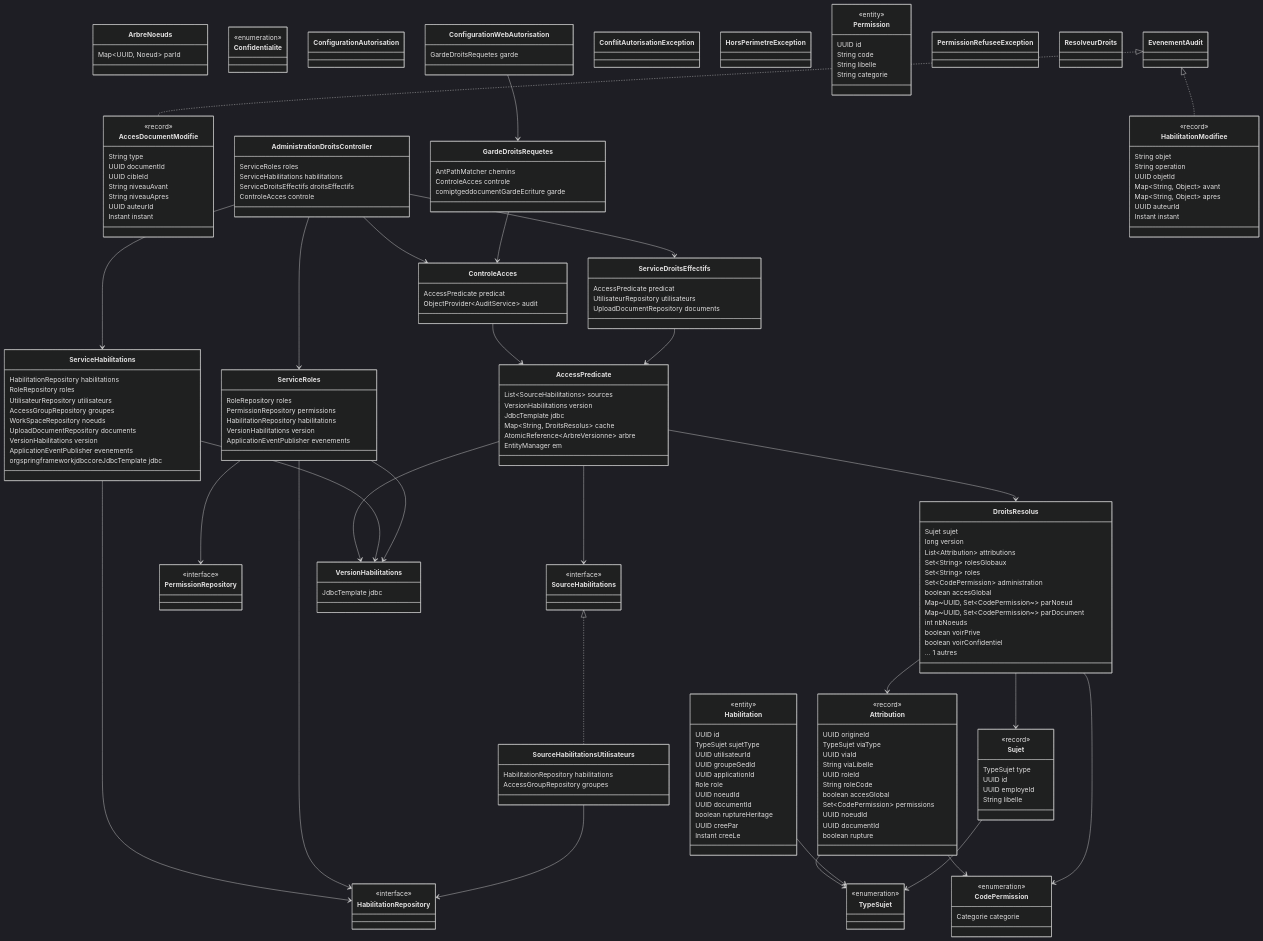
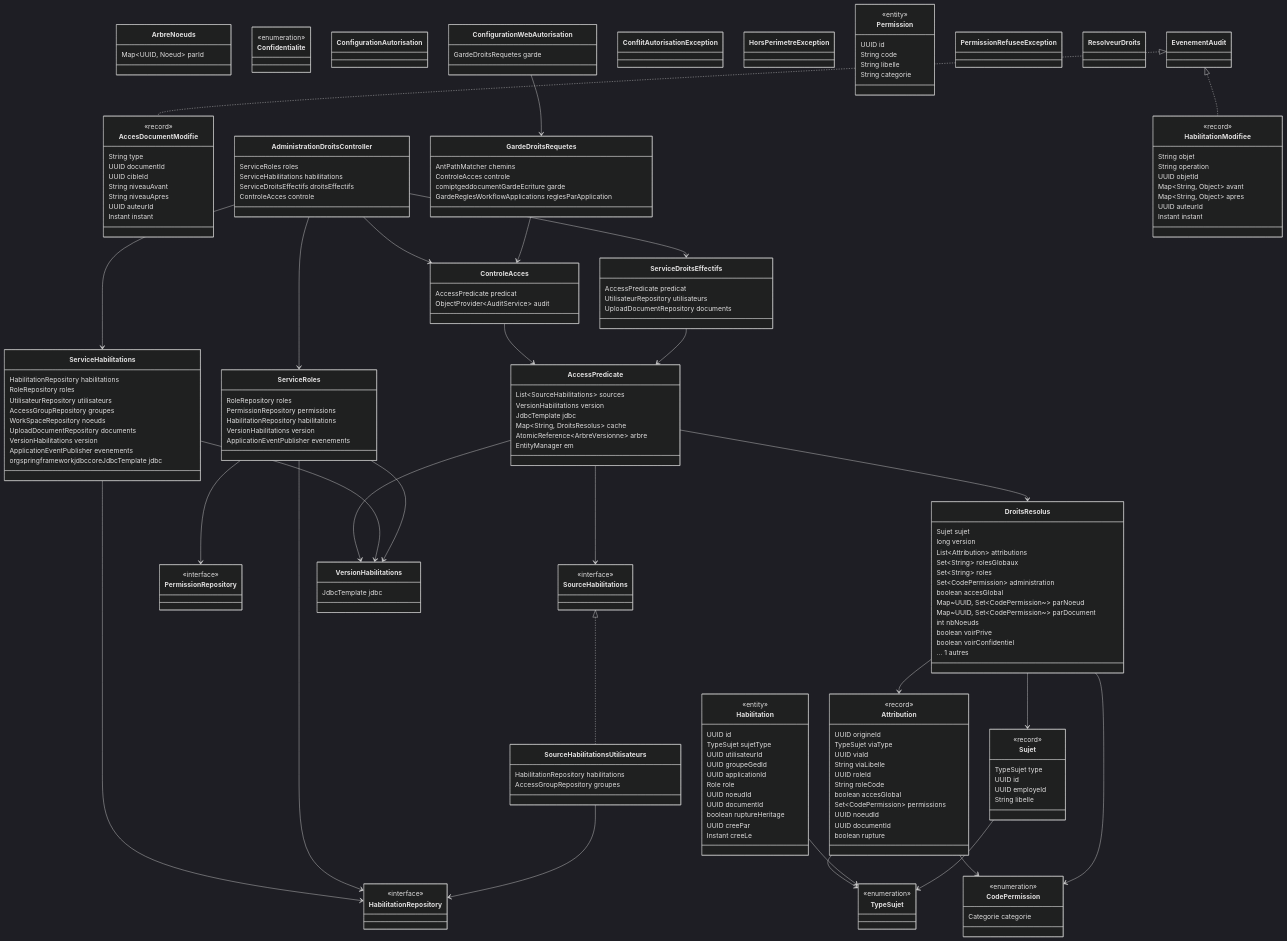
Before and after one commit to abddou2000/GED: the third of 23 diagrams in docs/modelisation/CLASSES.md, drawn with Mermaid (dark theme). The commit also changed other lines of this file and 13 other files, not shown here.

```diff
--- a/docs/modelisation/CLASSES.md
+++ b/docs/modelisation/CLASSES.md
@@ -364,6 +381,7 @@
     AntPathMatcher chemins
     ControleAcces controle
     comiptgeddocumentGardeEcriture garde
+    GardeReglesWorkflowApplications reglesParApplication
   }
   class Habilitation {
     <<entity>>
```
